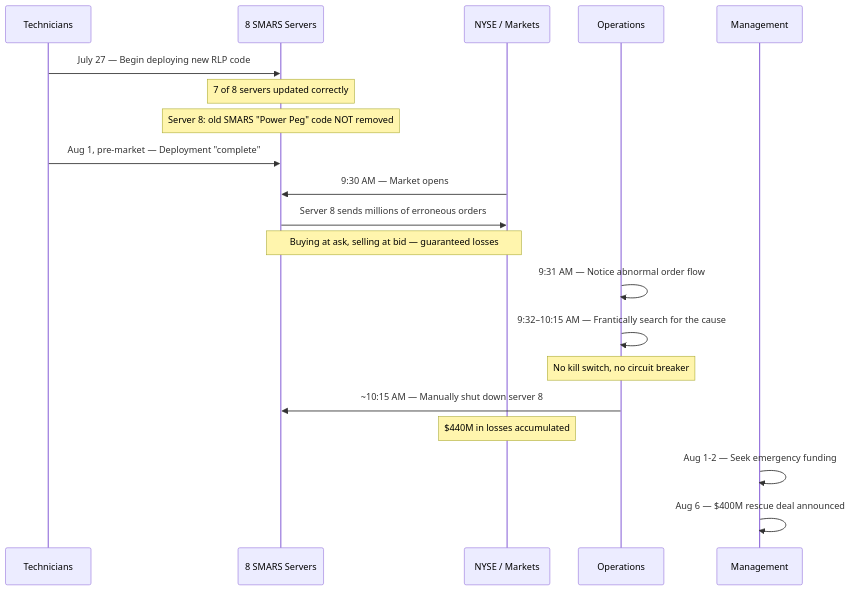
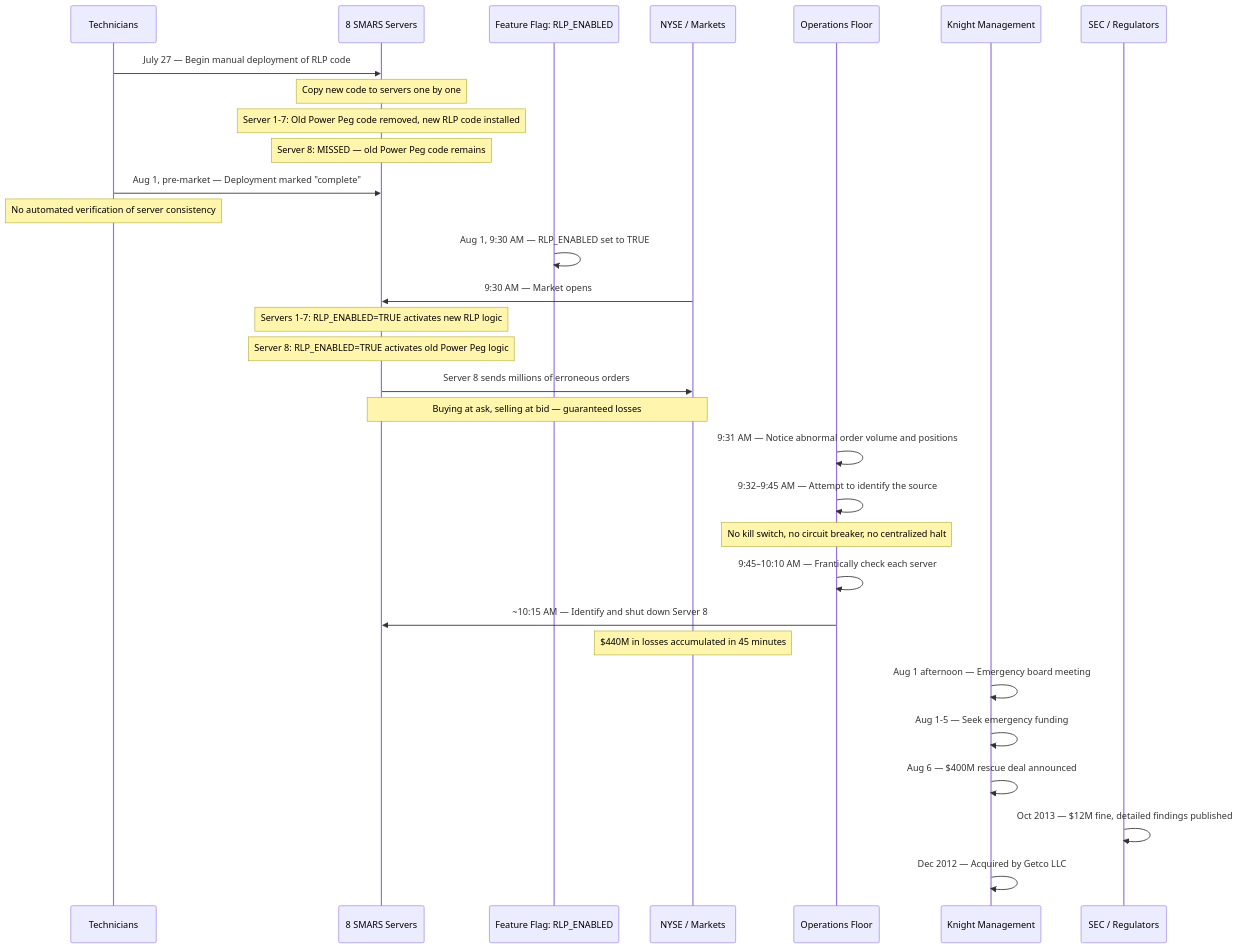
Before and after one commit to ayush-jadaun/knowledge-vault: the first of 3 diagrams in docs/war-room/knight-capital-2012.md, drawn with Mermaid. The commit also changed other lines of this file and 8 other files, not shown here.

````diff
--- a/docs/war-room/knight-capital-2012.md
+++ b/docs/war-room/knight-capital-2012.md
@@ -37,23 +47,34 @@
 ```mermaid
 sequenceDiagram
     participant Tech as Technicians
     participant Srv as 8 SMARS Servers
+    participant Flag as Feature Flag: RLP_ENABLED
     participant Mkt as NYSE / Markets
-    participant Ops as Operations
-    participant Mgmt as Management
+    participant Ops as Operations Floor
+    participant Mgmt as Knight Management
+    participant SEC as SEC / Regulators
 
-    Tech->>Srv: July 27 — Begin deploying new RLP code
-    Note over Srv: 7 of 8 servers updated correctly
-    Note over Srv: Server 8: old SMARS "Power Peg" code NOT removed
-    Tech->>Srv: Aug 1, pre-market — Deployment "complete"
+    Tech->>Srv: July 27 — Begin manual deployment of RLP code
+    Note over Srv: Copy new code to servers one by one
+    Note over Srv: Server 1-7: Old Power Peg code removed, new RLP code installed
+    Note over Srv: Server 8: MISSED — old Power Peg code remains
+    Tech->>Srv: Aug 1, pre-market — Deployment marked "complete"
+    Note over Tech: No automated verification of server consistency
+    Flag->>Flag: Aug 1, 9:30 AM — RLP_ENABLED set to TRUE
     Mkt->>Srv: 9:30 AM — Market opens
+    Note over Srv: Servers 1-7: RLP_ENABLED=TRUE activates new RLP logic
+    Note over Srv: Server 8: RLP_ENABLED=TRUE activates old Power Peg logic
     Srv->>Mkt: Server 8 sends millions of erroneous orders
     Note over Srv,Mkt: Buying at ask, selling at bid — guaranteed losses
-    Ops->>Ops: 9:31 AM — Notice abnormal order flow
-    Ops->>Ops: 9:32–10:15 AM — Frantically search for the cause
-    Note over Ops: No kill switch, no circuit breaker
-    Ops->>Srv: ~10:15 AM — Manually shut down server 8
-    Note over Mkt: $440M in losses accumulated
-    Mgmt->>Mgmt: Aug 1-2 — Seek emergency funding
+    Ops->>Ops: 9:31 AM — Notice abnormal order volume and positions
+    Ops->>Ops: 9:32–9:45 AM — Attempt to identify the source
+    Note over Ops: No kill switch, no circuit breaker, no centralized halt
+    Ops->>Ops: 9:45–10:10 AM — Frantically check each server
+    Ops->>Srv: ~10:15 AM — Identify and shut down Server 8
+    Note over Mkt: $440M in losses accumulated in 45 minutes
+    Mgmt->>Mgmt: Aug 1 afternoon — Emergency board meeting
+    Mgmt->>Mgmt: Aug 1-5 — Seek emergency funding
     Mgmt->>Mgmt: Aug 6 — $400M rescue deal announced
+    SEC->>SEC: Oct 2013 — $12M fine, detailed findings published
+    Mgmt->>Mgmt: Dec 2012 — Acquired by Getco LLC
 ```
````
